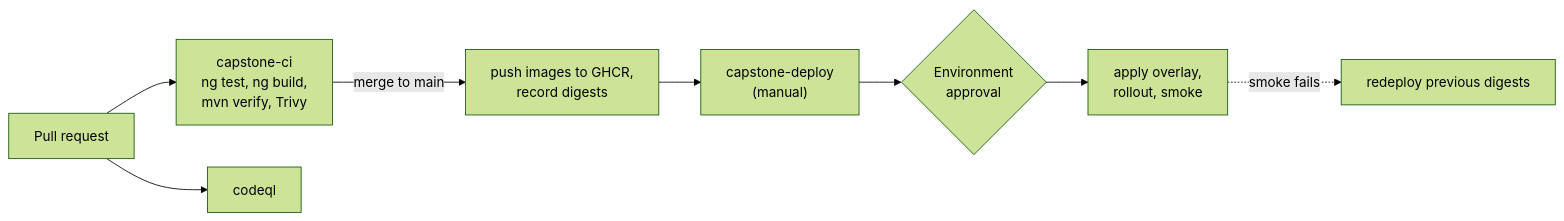
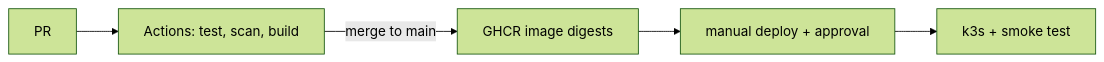
Before and after one commit to WillCraig/CapstoneProjectBoot: the third of 3 diagrams in docs/architecture.md, drawn with Mermaid (forest theme). The commit also changed other lines of this file and 19 other files, not shown here.

````diff
--- a/docs/architecture.md
+++ b/docs/architecture.md
@@ -99,10 +57,7 @@
 ```mermaid
 flowchart LR
-  PR["Pull request"] --> CI["capstone-ci<br/>ng test, ng build,<br/>mvn verify, Trivy"]
-  PR --> CQ["codeql"]
-  CI -->|"merge to main"| IMG["push images to GHCR,<br/>record digests"]
-  IMG --> DEP["capstone-deploy<br/>(manual)"]
-  DEP --> APR{"Environment<br/>approval"}
-  APR --> K3S["apply overlay,<br/>rollout, smoke"]
-  K3S -.->|"smoke fails"| RB["redeploy previous digests"]
+  PR["PR"] --> CI["Actions: test, scan, build"]
+  CI -->|"merge to main"| GHCR["GHCR image digests"]
+  GHCR --> DEP["manual deploy + approval"]
+  DEP --> K3S["k3s + smoke test"]
 ```
````
